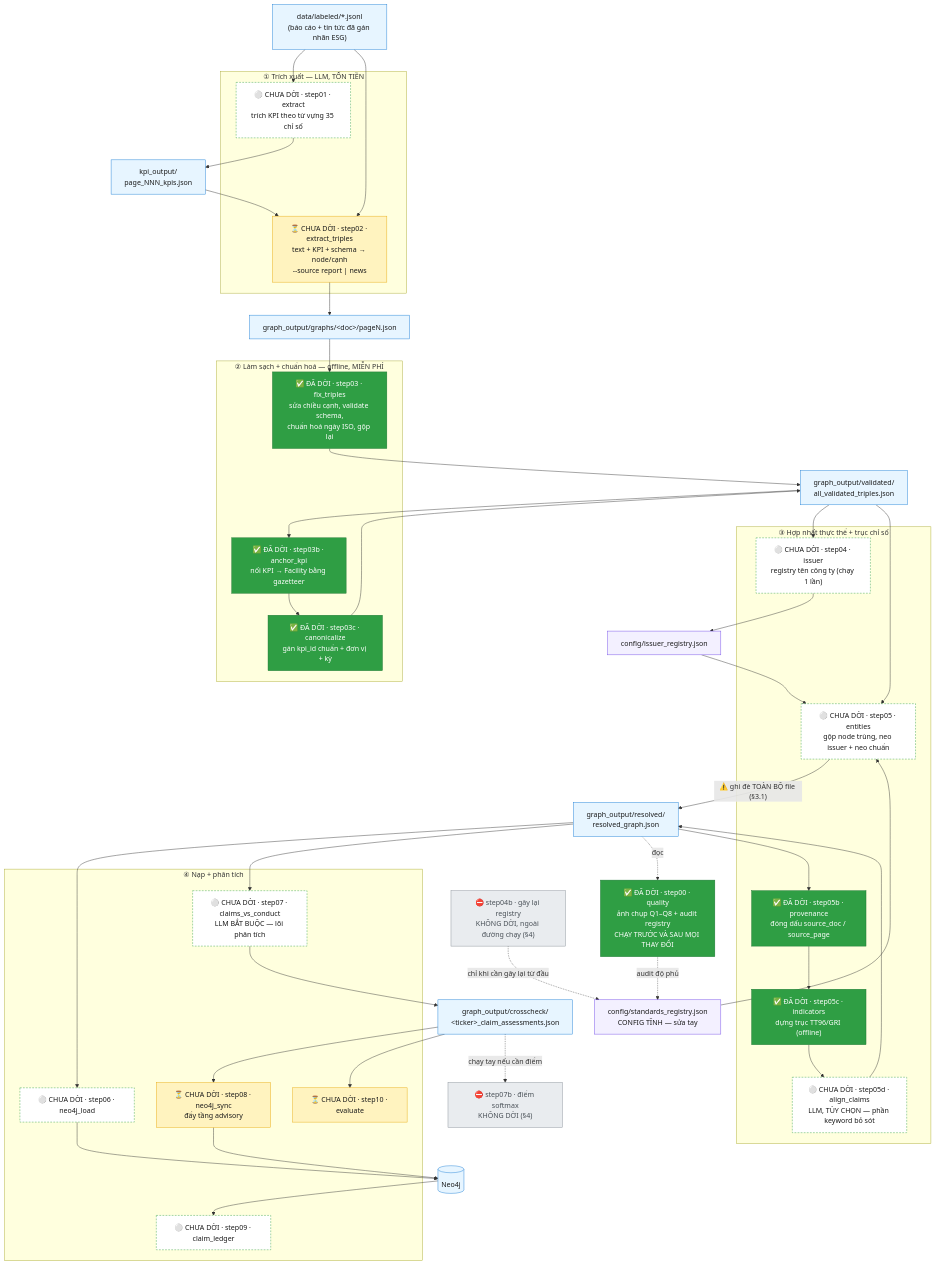
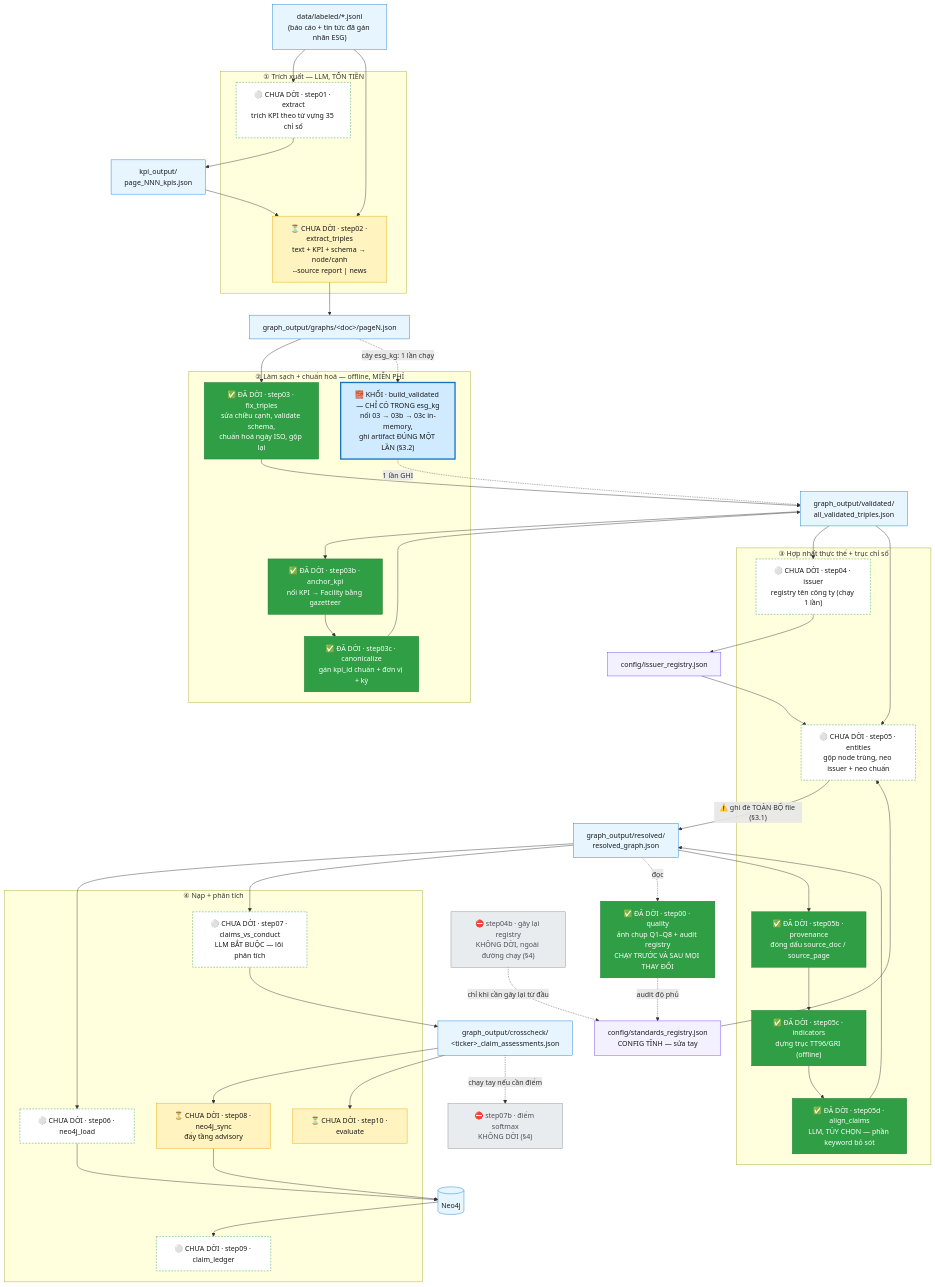
The first of 4 diagrams in src_module/PIPELINE.md (TranBaDat2607/capstone_test1), drawn with Mermaid before and after one commit. The commit also changed other lines of this file and 2 other files, not shown here.

First line of the commit message:
docs: record the step05d migration; correct two criteria it disproved

````diff
--- a/src_module/PIPELINE.md
+++ b/src_module/PIPELINE.md
@@ -61,72 +82,75 @@
 ```mermaid
 flowchart TD
     classDef migrated fill:#2f9e44,stroke:#1a7431,color:#ffffff
     classDef ready    fill:#ffffff,stroke:#2f9e44,stroke-dasharray:4 3,color:#1a1a1a
     classDef pending  fill:#fff3bf,stroke:#e8a90c,color:#1a1a1a
     classDef notport  fill:#e9ecef,stroke:#868e96,color:#495057
     classDef data     fill:#e7f5ff,stroke:#1c7ed6,color:#1a1a1a
     classDef cfg      fill:#f3f0ff,stroke:#7048e8,color:#1a1a1a
+    classDef block    fill:#d0ebff,stroke:#1971c2,stroke-width:3px,color:#1a1a1a
 
     JSONL["data/labeled/*.jsonl<br/>(báo cáo + tin tức đã gán nhãn ESG)"]:::data
 
     subgraph P1["① Trích xuất — LLM, TỐN TIỀN"]
         S01["⚪ CHƯA DỜI · step01 · extract<br/>trích KPI theo từ vựng 35 chỉ số"]:::ready
         S02["⏳ CHƯA DỜI · step02 · extract_triples<br/>text + KPI + schema → node/cạnh<br/>--source report | news"]:::pending
     end
 
     KPIOUT["kpi_output/<br/>page_NNN_kpis.json"]:::data
     GRAPHS["graph_output/graphs/&lt;doc&gt;/pageN.json"]:::data
 
     subgraph P2["② Làm sạch + chuẩn hoá — offline, MIỄN PHÍ"]
         S03["✅ ĐÃ DỜI · step03 · fix_triples<br/>sửa chiều cạnh, validate schema,<br/>chuẩn hoá ngày ISO, gộp lại"]:::migrated
         S03B["✅ ĐÃ DỜI · step03b · anchor_kpi<br/>nối KPI → Facility bằng gazetteer"]:::migrated
         S03C["✅ ĐÃ DỜI · step03c · canonicalize<br/>gán kpi_id chuẩn + đơn vị + kỳ"]:::migrated
+        BLK["🧱 KHỐI · build_validated — CHỈ CÓ TRONG esg_kg<br/>nối 03 → 03b → 03c in-memory,<br/>ghi artifact ĐÚNG MỘT LẦN (§3.2)"]:::block
     end
 
     VALID["graph_output/validated/<br/>all_validated_triples.json"]:::data
 
     subgraph P3["③ Hợp nhất thực thể + trục chỉ số"]
         S04["⚪ CHƯA DỜI · step04 · issuer<br/>registry tên công ty (chạy 1 lần)"]:::ready
         S05["⚪ CHƯA DỜI · step05 · entities<br/>gộp node trùng, neo issuer + neo chuẩn"]:::ready
         S05B["✅ ĐÃ DỜI · step05b · provenance<br/>đóng dấu source_doc / source_page"]:::migrated
         S05C["✅ ĐÃ DỜI · step05c · indicators<br/>dựng trục TT96/GRI (offline)"]:::migrated
-        S05D["⚪ CHƯA DỜI · step05d · align_claims<br/>LLM, TÙY CHỌN — phần keyword bỏ sót"]:::ready
+        S05D["✅ ĐÃ DỜI · step05d · align_claims<br/>LLM, TÙY CHỌN — phần keyword bỏ sót"]:::migrated
     end
 
     RESOLVED["graph_output/resolved/<br/>resolved_graph.json"]:::data
 
     subgraph P4["④ Nạp + phân tích"]
         S06["⚪ CHƯA DỜI · step06 · neo4j_load"]:::ready
         S07["⚪ CHƯA DỜI · step07 · claims_vs_conduct<br/>LLM BẮT BUỘC — lõi phân tích"]:::ready
         S08["⏳ CHƯA DỜI · step08 · neo4j_sync<br/>đẩy tầng advisory"]:::pending
         S09["⚪ CHƯA DỜI · step09 · claim_ledger"]:::ready
         S10["⏳ CHƯA DỜI · step10 · evaluate"]:::pending
     end
 
     REGI["config/issuer_registry.json"]:::cfg
     REGS["config/standards_registry.json<br/>CONFIG TĨNH — sửa tay"]:::cfg
     DOSSIER["graph_output/crosscheck/<br/>&lt;ticker&gt;_claim_assessments.json"]:::data
     NEO[("Neo4j")]:::data
 
     S00["✅ ĐÃ DỜI · step00 · quality<br/>ảnh chụp Q1–Q8 + audit registry<br/>CHẠY TRƯỚC VÀ SAU MỌI THAY ĐỔI"]:::migrated
     S07B["⛔ step07b · điểm softmax<br/>KHÔNG DỜI (§4)"]:::notport
     S04B["⛔ step04b · gây lại registry<br/>KHÔNG DỜI, ngoài đường chạy (§4)"]:::notport
 
     JSONL --> S01 --> KPIOUT --> S02
     JSONL --> S02 --> GRAPHS --> S03 --> VALID
     VALID --> S03B --> S03C --> VALID
+    GRAPHS -.->|"cây esg_kg: 1 lần chạy"| BLK -.->|"1 lần GHI"| VALID
     VALID --> S04 --> REGI --> S05
     REGS --> S05
     VALID --> S05
     S05 -->|"⚠️ ghi đè TOÀN BỘ file (§3.1)"| RESOLVED
     RESOLVED --> S05B --> S05C --> S05D --> RESOLVED
     RESOLVED --> S06 --> NEO
     RESOLVED --> S07 --> DOSSIER --> S08 --> NEO
     NEO --> S09
     DOSSIER --> S10
 
     RESOLVED -.->|"đọc"| S00
     S00 -.->|"audit độ phủ"| REGS
     S04B -.->|"chỉ khi cần gây lại từ đầu"| REGS
     DOSSIER -.->|"chạy tay nếu cần điểm"| S07B
 ```
````
